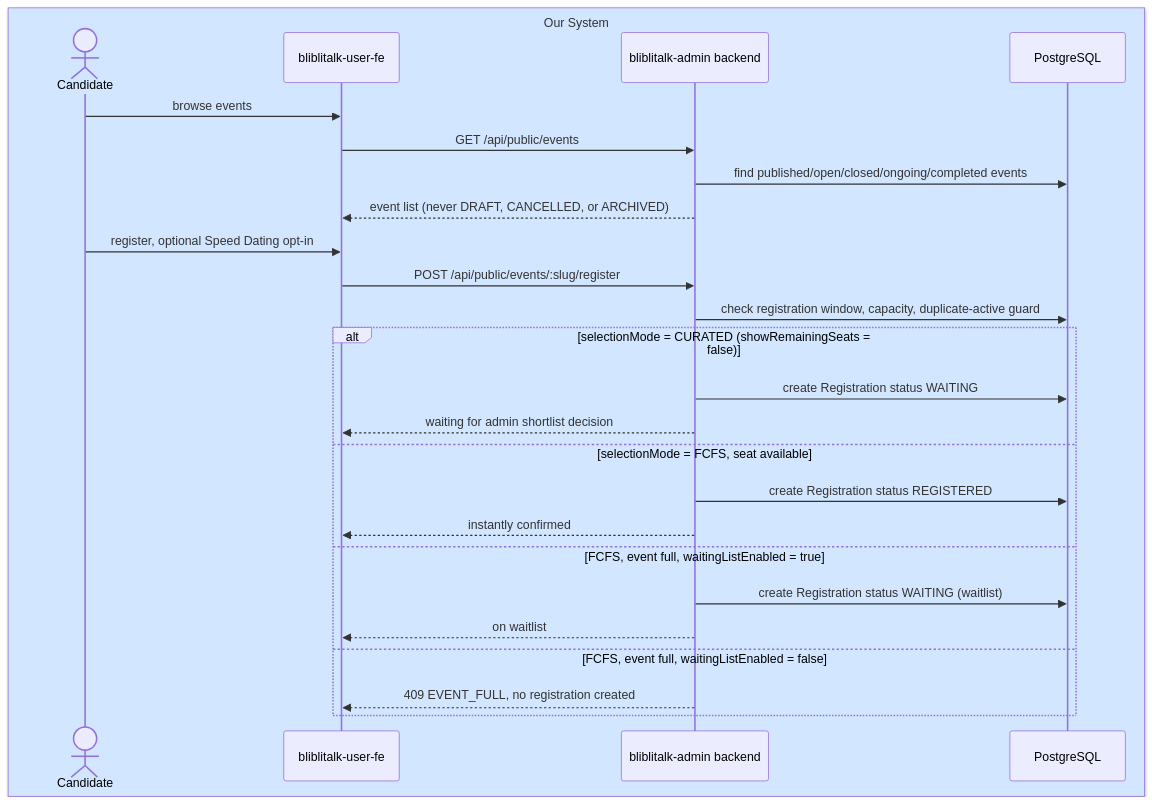
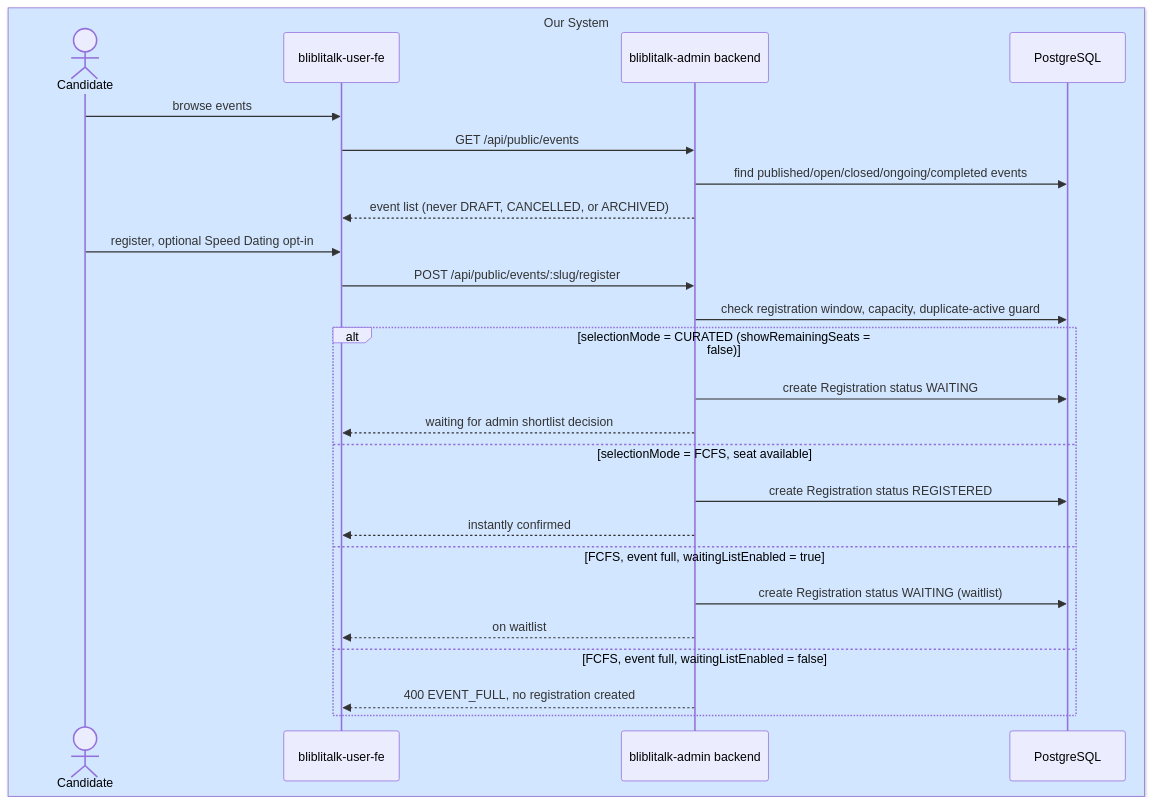
One commit to gdncomm-david-dk/bliblitalk-admin-panel changed the fourth of 12 diagrams in docs/DESIGN.md. Above: the diagram before and after it, drawn with Mermaid. The commit also changed 1 other file, not shown here.

Commit message:
docs(p8): generate and run test-scenario dossier
Adds docs/TEST-SCENARIO.md with 24 scenarios derived from DESIGN.md's
use-case flows and codebase security/access-control coverage. Ran all
20 agent-checkable scenarios against the clean serial test run at
32ba496 (180 backend + 6 frontend tests, 100% pass) with user go-ahead:
18 PASSED, 2 remain PENDING for genuine missing test coverage
(marketing-campaign route, full+no-waitlist edge case). The other 4
PENDING scenarios (TS-020..TS-023) are human/owner-judgment items.

Also fixes docs/DESIGN.md's "Browse & register for an event" sequence
diagram, which claimed 409 EVENT_FULL but the actual code
(events.service.ts:87-88) throws 400 — caught while verifying TS-001/
TS-024 against real behavior instead of trusting the diagram.

````diff
--- a/docs/DESIGN.md
+++ b/docs/DESIGN.md
@@ -242,30 +242,30 @@
 ```mermaid
 sequenceDiagram
     box rgb(210,230,255) Our System
       actor Candidate
       participant Portal as bliblitalk-user-fe
       participant API as bliblitalk-admin backend
       participant DB as PostgreSQL
     end
 
     Candidate->>Portal: browse events
     Portal->>API: GET /api/public/events
     API->>DB: find published/open/closed/ongoing/completed events
     API-->>Portal: event list (never DRAFT, CANCELLED, or ARCHIVED)
     Candidate->>Portal: register, optional Speed Dating opt-in
     Portal->>API: POST /api/public/events/:slug/register
     API->>DB: check registration window, capacity, duplicate-active guard
 
     alt selectionMode = CURATED (showRemainingSeats = false)
       API->>DB: create Registration status WAITING
       API-->>Portal: waiting for admin shortlist decision
     else selectionMode = FCFS, seat available
       API->>DB: create Registration status REGISTERED
       API-->>Portal: instantly confirmed
     else FCFS, event full, waitingListEnabled = true
       API->>DB: create Registration status WAITING (waitlist)
       API-->>Portal: on waitlist
     else FCFS, event full, waitingListEnabled = false
-      API-->>Portal: 409 EVENT_FULL, no registration created
+      API-->>Portal: 400 EVENT_FULL, no registration created
     end
 ```
````
